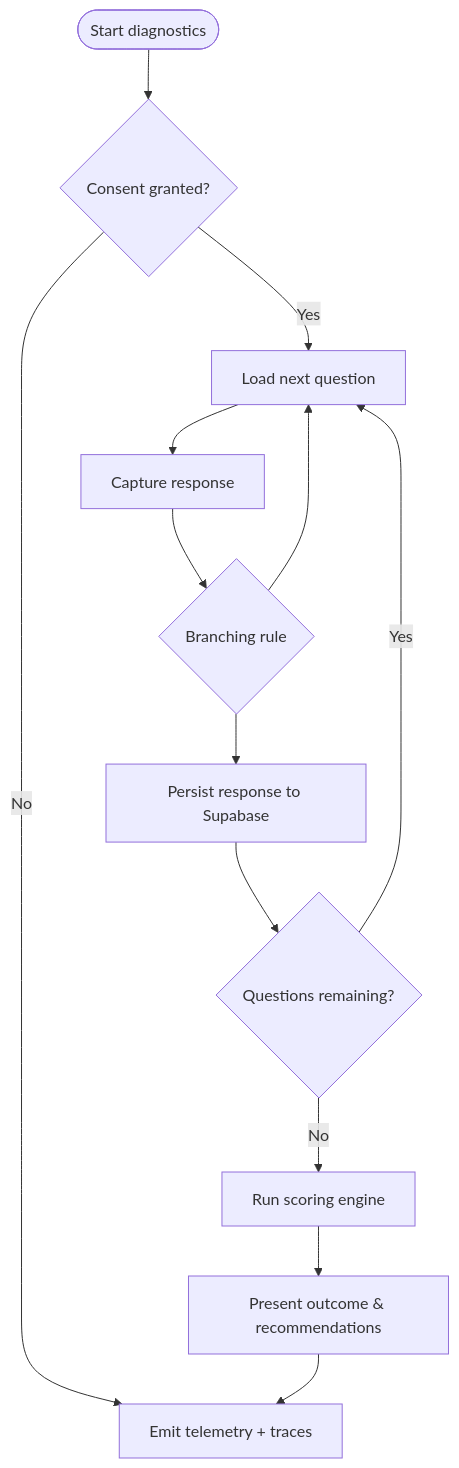
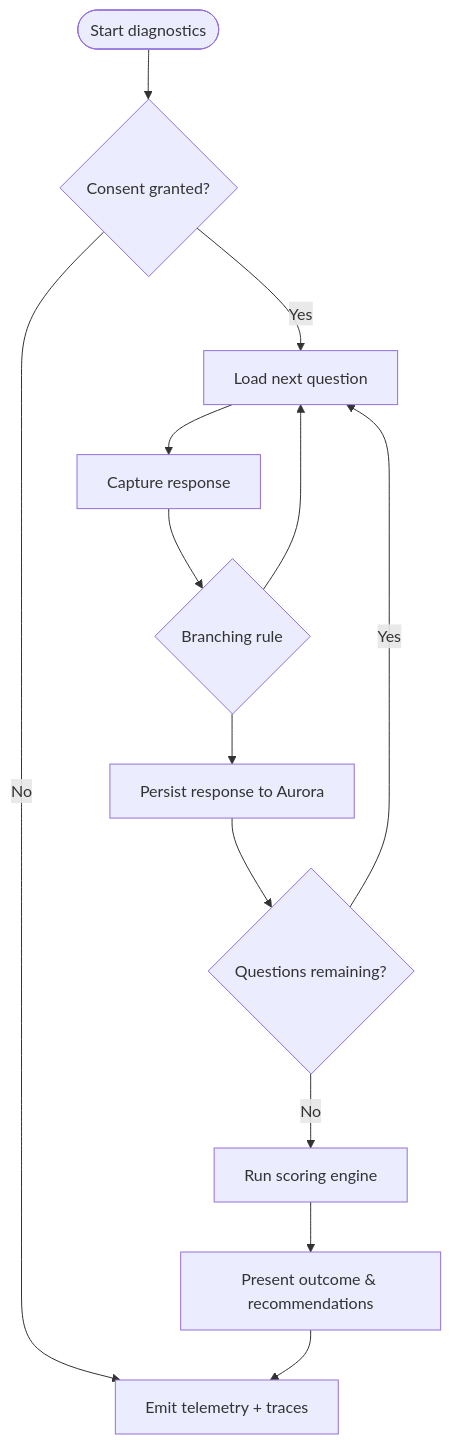
One commit to marcelkenner/clarivum changed the diagram in docs/diagrams/adr-021-diagnostics-platform/bpmn-session.mmd. Above: the diagram before and after it, drawn with Mermaid. The commit also changed 205 other files, not shown here.

````diff
--- a/docs/diagrams/adr-021-diagnostics-platform/bpmn-session.mmd
+++ b/docs/diagrams/adr-021-diagnostics-platform/bpmn-session.mmd
@@ -1,19 +1,19 @@
 ```mermaid
 flowchart TD
     start([Start diagnostics])
     consent{Consent granted?}
     load[Load next question]
     respond[Capture response]
     branch{Branching rule}
-    save[Persist response to Supabase]
+    save[Persist response to Aurora]
     done{Questions remaining?}
     evaluate[Run scoring engine]
     deliver[Present outcome & recommendations]
     telemetry[Emit telemetry + traces]
     start --> consent
     consent -->|Yes| load --> respond --> branch --> save --> done
     consent -->|No| telemetry
     branch --> load
     done -->|Yes| load
     done -->|No| evaluate --> deliver --> telemetry
 ```
````
